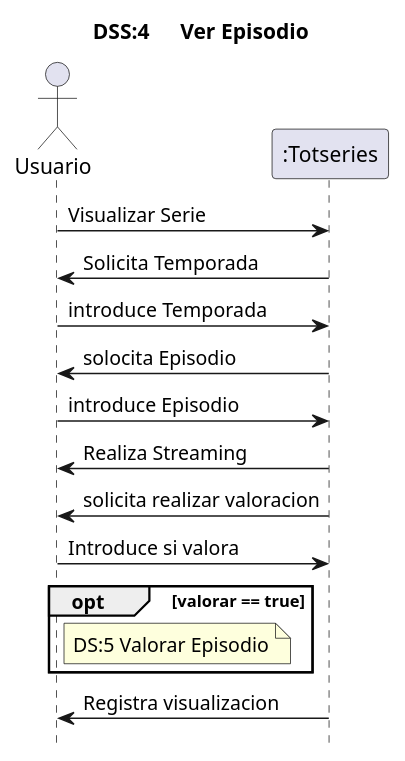
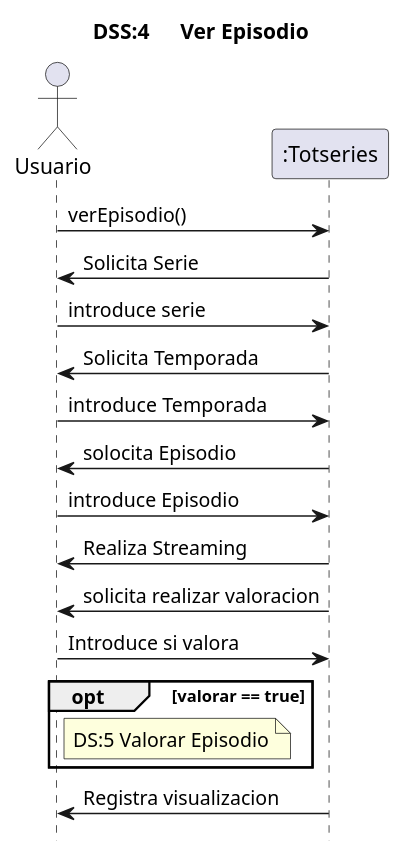
The diagram in src/totseries/Uml/Sistema/Diagrama de Sistema UC4.puml (MrViciao/TotSeries), drawn with PlantUML before and after one commit.

Commit message:
Update Diagrama de Sistema UC4.puml

```diff
--- a/src/totseries/Uml/Sistema/Diagrama de Sistema UC4.puml
+++ b/src/totseries/Uml/Sistema/Diagrama de Sistema UC4.puml
@@ -1,22 +1,24 @@
 @startuml
 title	DSS:4	Ver Episodio
 '	ocultar	el	foot	si	son	curts,	sino	deixar-ho
 '	la	comanda	es	la	seguent
 hide	footbox
 'definicio	d'actors
 actor	Usuario	as	user
-user	->	":Totseries":Visualizar Serie
+user	->	":Totseries":verEpisodio()
+":Totseries" -> user :Solicita Serie
+user -> ":Totseries" :introduce serie
 ":Totseries" -> user :Solicita Temporada
 user -> ":Totseries":introduce Temporada
 ":Totseries" -> user :solocita Episodio
 user -> ":Totseries" :introduce Episodio
 ":Totseries" -> user :Realiza Streaming
 ":Totseries" -> user :solicita realizar valoracion
 user -> ":Totseries" :Introduce si valora
 opt valorar == true
     note	right user
     DS:5 Valorar Episodio
     endnote
 end
 ":Totseries" -> user :Registra visualizacion
 @enduml
```
